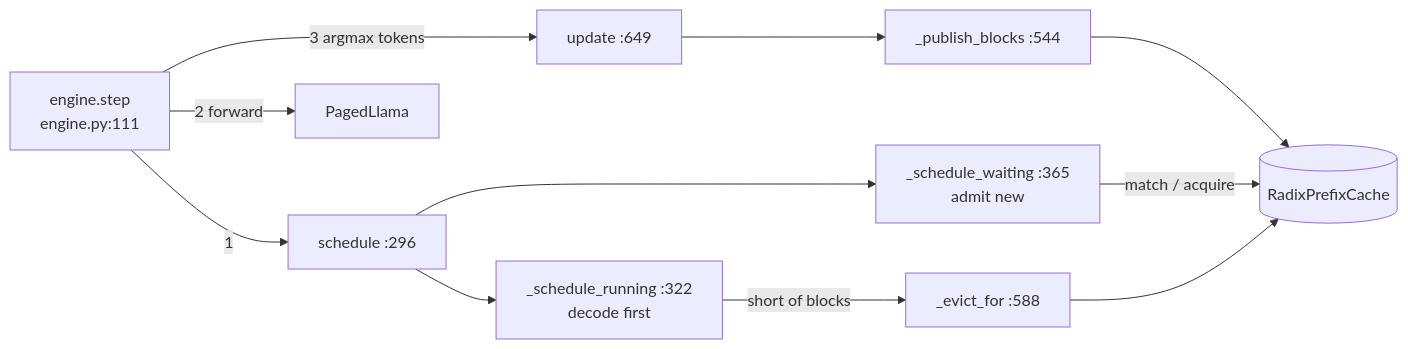
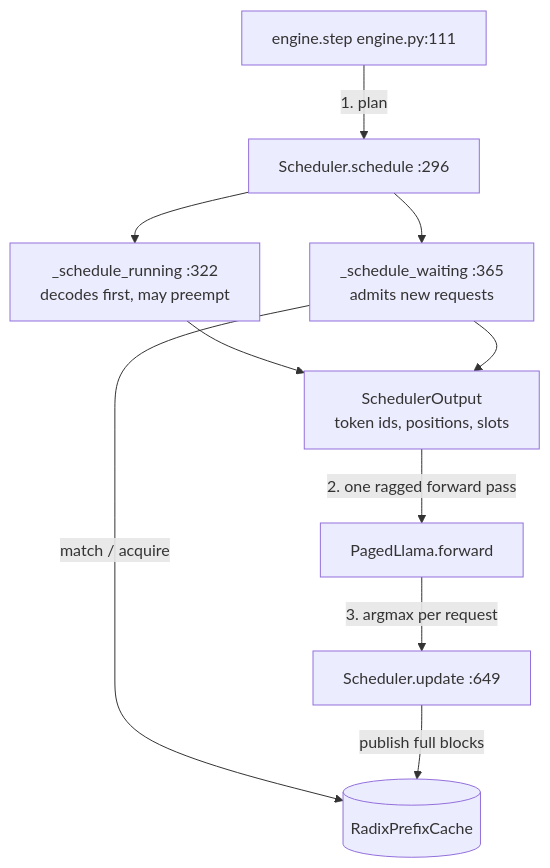
The first of 5 diagrams in Interview prep/Days/Day 02 - mini-vLLM II.md (jayavardhan-g/projects-vault), drawn with Mermaid before and after one commit. The commit also changed other lines of this file and 12 other files, not shown here.

First line of the commit message:
projects: Days 2-14 "Code, explained": full-width top-to-bottom diagrams, a figure per section, and a step-by-step flow per day

````diff
--- a/Interview prep/Days/Day 02 - mini-vLLM II.md
+++ b/Interview prep/Days/Day 02 - mini-vLLM II.md
@@ -125,11 +125,12 @@
 ```mermaid
-flowchart LR
-  ST["engine.step<br/>engine.py:111"] -->|1| SC["schedule :296"]
-  SC --> RUN["_schedule_running :322<br/>decode first"]
-  SC --> WAIT["_schedule_waiting :365<br/>admit new"]
-  ST -->|2 forward| M["PagedLlama"]
-  ST -->|3 argmax tokens| UP["update :649"]
-  UP --> PUB["_publish_blocks :544"] --> PC[("RadixPrefixCache")]
-  WAIT -->|match / acquire| PC
-  RUN -->|"short of blocks"| EV["_evict_for :588"] --> PC
+flowchart TB
+  ST["engine.step  engine.py:111"] -->|"1. plan"| SC["Scheduler.schedule :296"]
+  SC --> RUN["_schedule_running :322<br/>decodes first, may preempt"]
+  SC --> WAIT["_schedule_waiting :365<br/>admits new requests"]
+  WAIT -->|"match / acquire"| PC[("RadixPrefixCache")]
+  RUN --> OUT["SchedulerOutput<br/>token ids, positions, slots"]
+  WAIT --> OUT
+  OUT -->|"2. one ragged forward pass"| M["PagedLlama.forward"]
+  M -->|"3. argmax per request"| UP["Scheduler.update :649"]
+  UP -->|"publish full blocks"| PC
 ```
````
